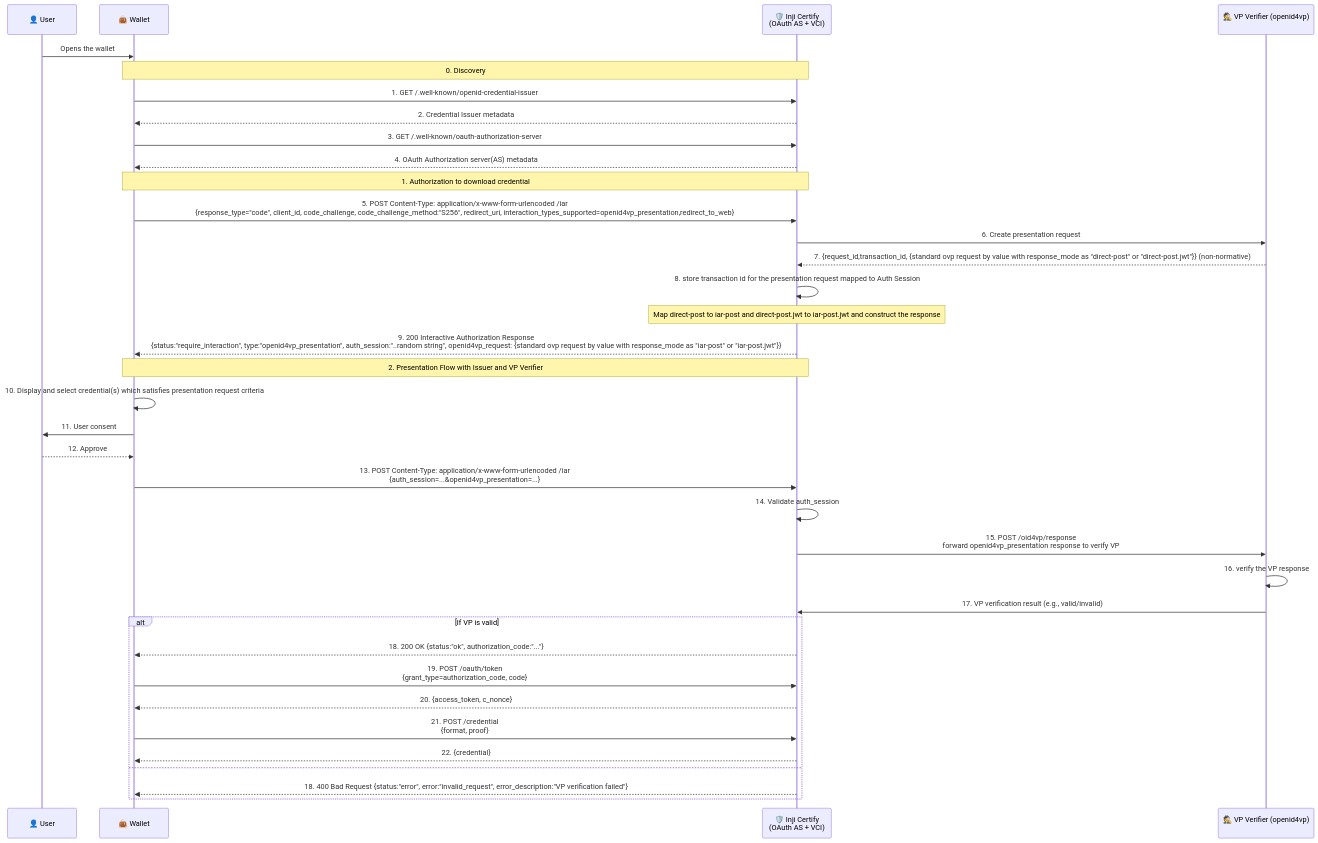
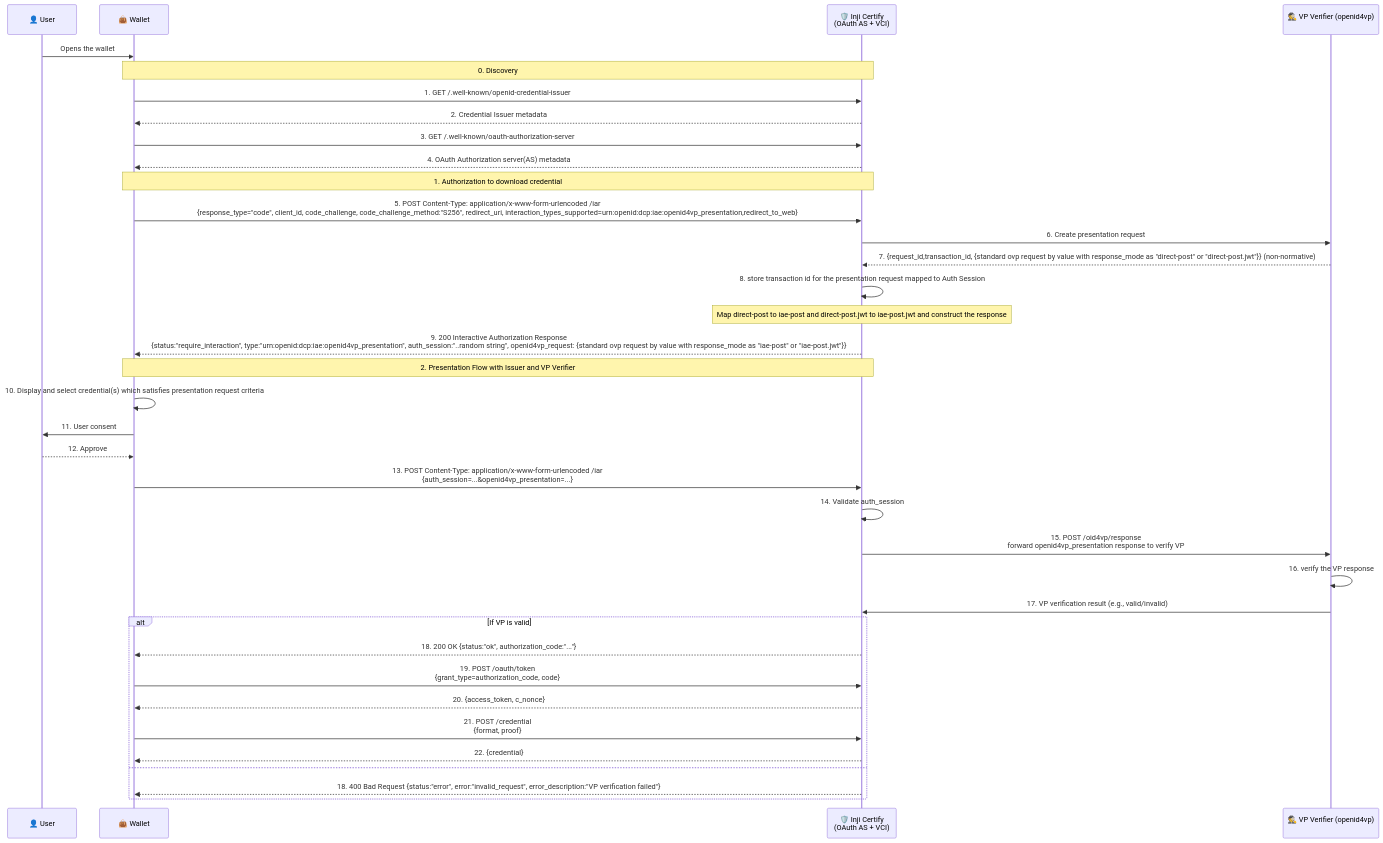
The diagram in docs/Presentation-During-Issuance.md (inji/inji-certify), drawn with Mermaid before and after one commit. The commit also changed other lines of this file and 11 other files, not shown here.

Commit message:
[INJICERT-1335] Align IAR flow with OpenID4VCI 1.1 interaction type and response mode

````diff
--- a/docs/Presentation-During-Issuance.md
+++ b/docs/Presentation-During-Issuance.md
@@ -33,43 +33,43 @@
 ```mermaid
 sequenceDiagram
     participant U as 👤 User
     participant W as 👜 Wallet
     participant IC as 🛡️ Inji Certify<br/>(OAuth AS + VCI)
     participant IVP as 🕵️ VP Verifier (openid4vp)<br/>
 
     U->>W: Opens the wallet
     Note over W,IC: 0. Discovery
     W->>IC: 1. GET /.well-known/openid-credential-issuer
     IC-->>W: 2. Credential Issuer metadata
     W->>IC: 3. GET /.well-known/oauth-authorization-server
     IC-->>W: 4. OAuth Authorization server(AS) metadata 
     
     Note over W,IC: 1. Authorization to download credential
-    W->>IC: 5. POST Content-Type: application/x-www-form-urlencoded /iar<br/>{response_type="code", client_id, code_challenge, code_challenge_method:"S256", redirect_uri, interaction_types_supported=openid4vp_presentation,redirect_to_web}
+    W->>IC: 5. POST Content-Type: application/x-www-form-urlencoded /iar<br/>{response_type="code", client_id, code_challenge, code_challenge_method:"S256", redirect_uri, interaction_types_supported=urn:openid:dcp:iae:openid4vp_presentation,redirect_to_web}
     IC->>IVP: 6. Create presentation request
     IVP-->>IC: 7. {request_id,transaction_id, {standard ovp request by value with response_mode as "direct-post" or "direct-post.jwt"}} (non-normative)
     IC->>IC: 8. store transaction id for the presentation request mapped to Auth Session
-    Note over IC: Map direct-post to iar-post and direct-post.jwt to iar-post.jwt and construct the response
-    IC-->>W: 9. 200 Interactive Authorization Response<br/>{status:"require_interaction", type:"openid4vp_presentation", auth_session:"..random string", openid4vp_request: {standard ovp request by value with response_mode as "iar-post" or "iar-post.jwt"}}
+    Note over IC: Map direct-post to iae-post and direct-post.jwt to iae-post.jwt and construct the response
+    IC-->>W: 9. 200 Interactive Authorization Response<br/>{status:"require_interaction", type:"urn:openid:dcp:iae:openid4vp_presentation", auth_session:"..random string", openid4vp_request: {standard ovp request by value with response_mode as "iae-post" or "iae-post.jwt"}}
     
     Note over W,IC: 2. Presentation Flow with Issuer and VP Verifier
     W->>W: 10. Display and select credential(s) which satisfies presentation request criteria
     W->>U: 11. User consent
     U-->>W: 12. Approve
     W->>IC: 13. POST Content-Type: application/x-www-form-urlencoded /iar<br/>{auth_session=...&openid4vp_presentation=...}
     IC->>IC: 14. Validate auth_session
     IC->>IVP: 15. POST /oid4vp/response<br/>forward openid4vp_presentation response to verify VP
     IVP->>IVP: 16. verify the VP response
     IVP->>IC: 17. VP verification result (e.g., valid/invalid)
     
     alt If VP is valid 
             IC-->>W: 18. 200 OK {status:"ok", authorization_code:"..."}
             W->>IC: 19. POST /oauth/token<br/>{grant_type=authorization_code, code}
             IC-->>W: 20. {access_token, c_nonce}
             W->>IC: 21. POST /credential<br/>{format, proof}
             IC-->>W: 22. {credential}
     else
             IC-->>W: 18. 400 Bad Request {status:"error", error:"invalid_request", error_description:"VP verification failed"}
     end
     
 ```
````
